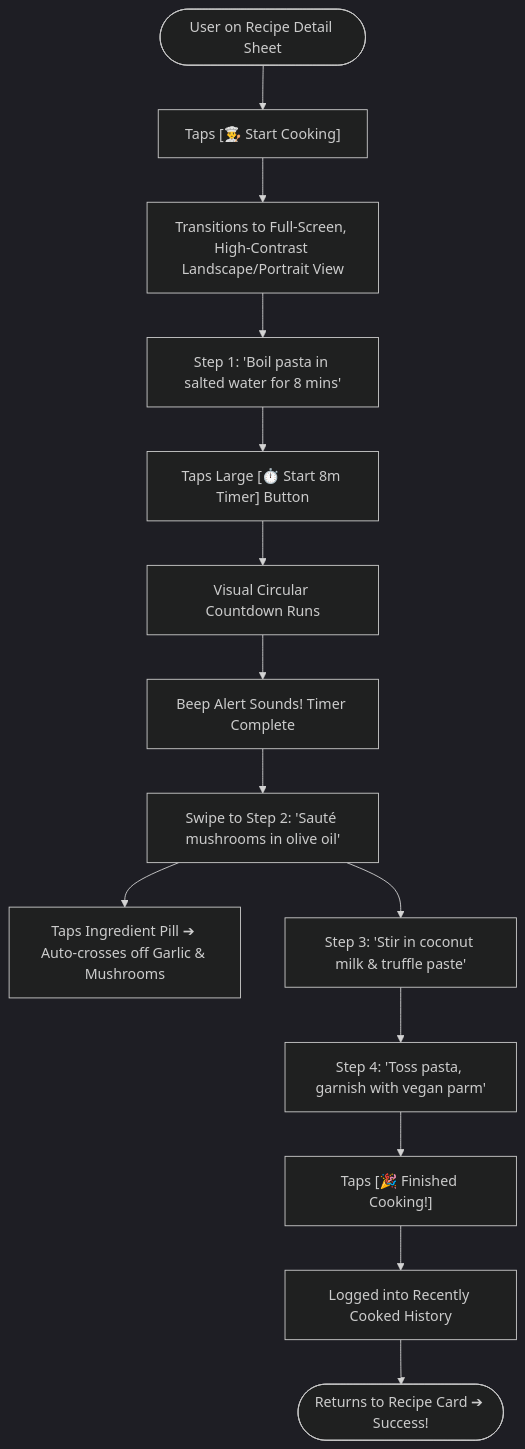
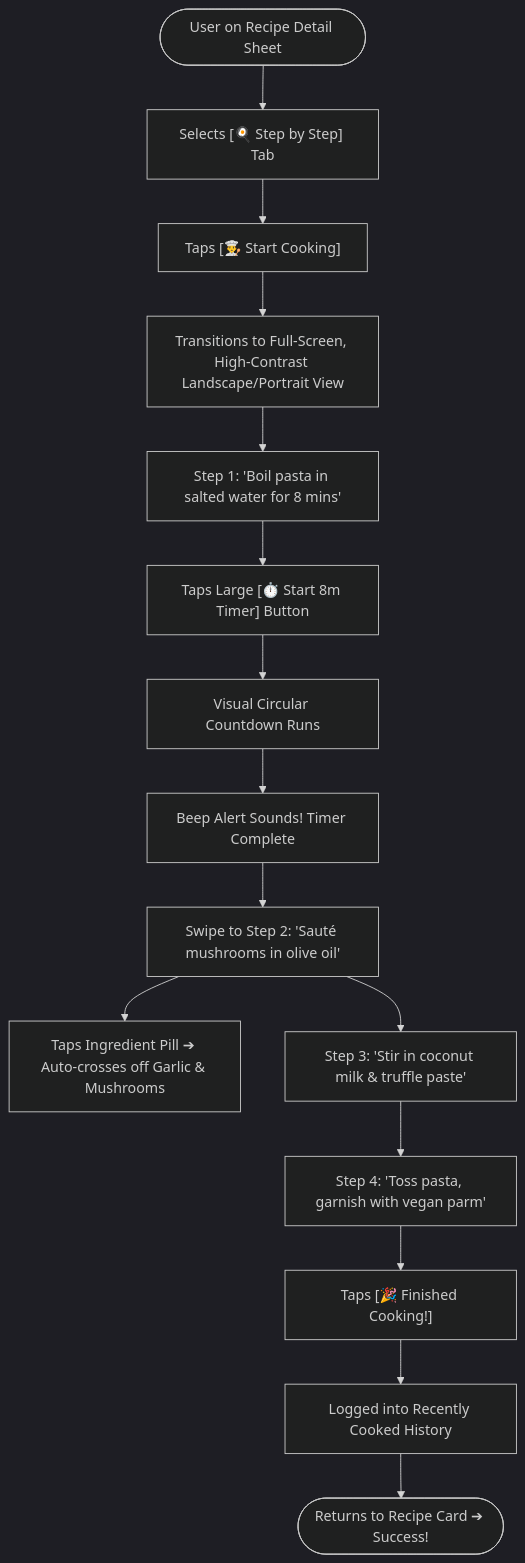
Before and after one commit to NIFT-Information-Architecture-2026/Aarchi_BD-24-1972: the third of 3 diagrams in PHASE_4_FLOWS_AND_WIREFRAMES.md, drawn with Mermaid (dark theme). The commit also changed other lines of this file, not shown here.

Commit message:
docs(ux): complete Phase 4 master user flows and 9-screen low-fidelity wireframe blueprints

````diff
--- a/PHASE_4_FLOWS_AND_WIREFRAMES.md
+++ b/PHASE_4_FLOWS_AND_WIREFRAMES.md
@@ -110,21 +118,22 @@
 ```mermaid
 flowchart TD
-    Start(["User on Recipe Detail Sheet"]) --> TapCook["Taps [👨‍🍳 Start Cooking]"]
+    Start(["User on Recipe Detail Sheet"]) --> TabSteps["Selects [🍳 Step by Step] Tab"]
+    TabSteps --> TapCook["Taps [👨‍🍳 Start Cooking]"]
     TapCook --> FullScreen["Transitions to Full-Screen, High-Contrast Landscape/Portrait View"]
     
     FullScreen --> Step1["Step 1: 'Boil pasta in salted water for 8 mins'"]
     Step1 --> TimerTrigger["Taps Large [⏱️ Start 8m Timer] Button"]
     
     TimerTrigger --> TimerRuns["Visual Circular Countdown Runs"]
     TimerRuns --> AudioAlert["Beep Alert Sounds! Timer Complete"]
     
     AudioAlert --> Step2["Swipe to Step 2: 'Sauté mushrooms in olive oil'"]
     Step2 --> CrossOff["Taps Ingredient Pill ➔ Auto-crosses off Garlic & Mushrooms"]
     
     Step2 --> Step3["Step 3: 'Stir in coconut milk & truffle paste'"]
     Step3 --> FinalStep["Step 4: 'Toss pasta, garnish with vegan parm'"]
     
     FinalStep --> DoneCelebration["Taps [🎉 Finished Cooking!]"]
     DoneCelebration --> LogHistory["Logged into Recently Cooked History"]
     LogHistory --> Exit(["Returns to Recipe Card ➔ Success!"])
 ```
````
